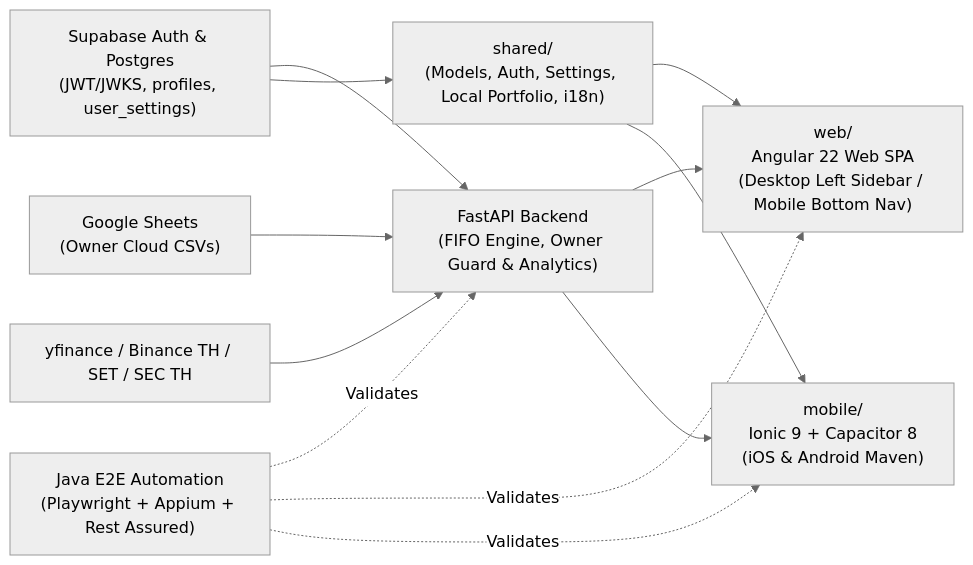
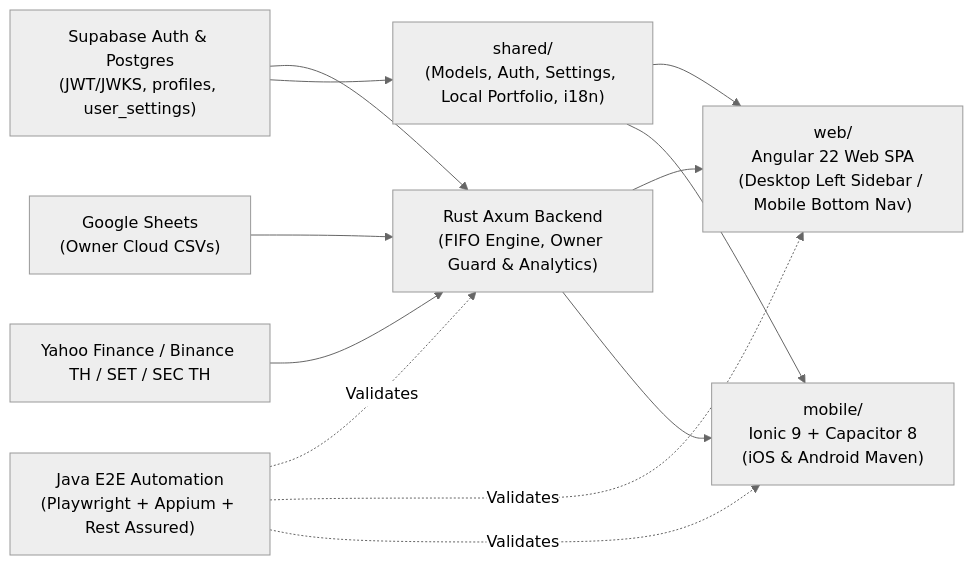
One commit to vipatpolk/SGSK-Wealth changed the diagram in README.md. Above: the diagram before and after it, drawn with Mermaid (neutral theme). The commit also changed other lines of this file and 147 other files, not shown here.

Commit message:
feat(backend): rewrite backend in Rust (Axum) with Vercel Services parity

````diff
--- a/README.md
+++ b/README.md
@@ -42,14 +42,14 @@
 ```mermaid
 flowchart LR
-    DataSources["Google Sheets\n(Owner Cloud CSVs)"] --> Backend["FastAPI Backend\n(FIFO Engine, Owner Guard & Analytics)"]
+    DataSources["Google Sheets\n(Owner Cloud CSVs)"] --> Backend["Rust Axum Backend\n(FIFO Engine, Owner Guard & Analytics)"]
     Supabase["Supabase Auth & Postgres\n(JWT/JWKS, profiles, user_settings)"] --> Backend
     Supabase --> Shared["shared/\n(Models, Auth, Settings, Local Portfolio, i18n)"]
-    MarketData["yfinance / Binance TH / SET / SEC TH"] --> Backend
+    MarketData["Yahoo Finance / Binance TH / SET / SEC TH"] --> Backend
     Shared --> Web["web/\nAngular 22 Web SPA\n(Desktop Left Sidebar / Mobile Bottom Nav)"]
     Shared --> Mobile["mobile/\nIonic 9 + Capacitor 8\n(iOS & Android Maven)"]
     Backend --> Web
     Backend --> Mobile
     E2E["Java E2E Automation\n(Playwright + Appium + Rest Assured)"] -. Validates .-> Backend
     E2E -. Validates .-> Web
     E2E -. Validates .-> Mobile
 ```
````
